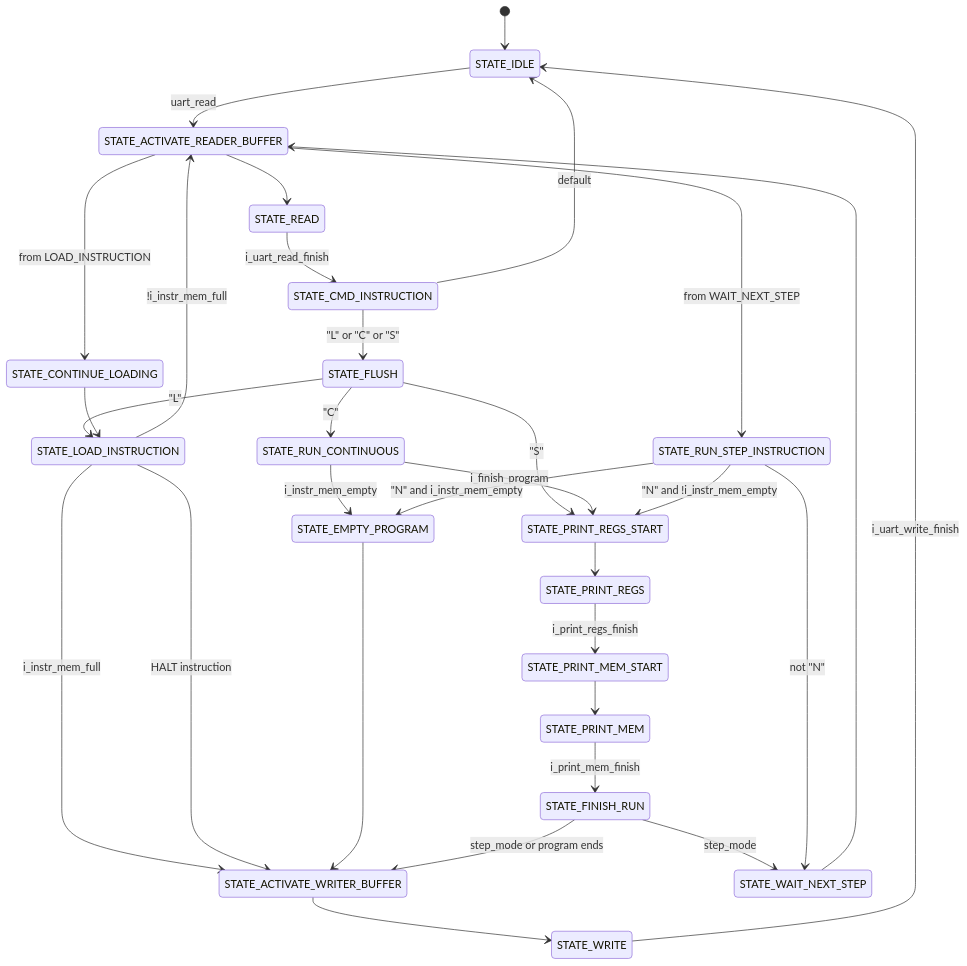
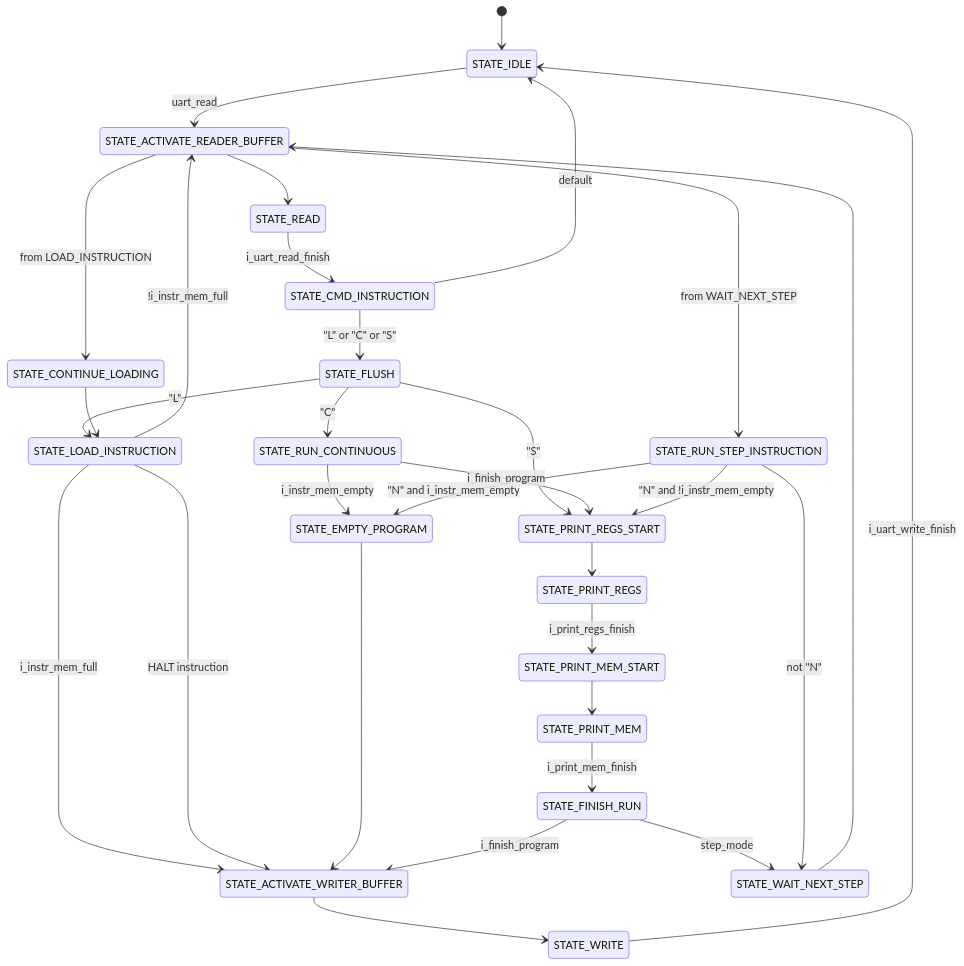
The diagram in README.md (francoriba/MIPSPipeline), drawn with Mermaid before and after one commit.

````diff
--- a/README.md
+++ b/README.md
@@ -6,33 +6,33 @@
 ``` mermaid
 stateDiagram-v2
     [*] --> STATE_IDLE
     STATE_IDLE --> STATE_ACTIVATE_READER_BUFFER: uart_read
     STATE_ACTIVATE_READER_BUFFER --> STATE_READ
     STATE_READ --> STATE_CMD_INSTRUCTION: i_uart_read_finish
     STATE_CMD_INSTRUCTION --> STATE_FLUSH: "L" or "C" or "S"
     STATE_CMD_INSTRUCTION --> STATE_IDLE: default
     STATE_FLUSH --> STATE_LOAD_INSTRUCTION: "L"
     STATE_FLUSH --> STATE_RUN_CONTINUOUS: "C"
     STATE_FLUSH --> STATE_PRINT_REGS_START: "S"
     STATE_LOAD_INSTRUCTION --> STATE_ACTIVATE_READER_BUFFER: !i_instr_mem_full
     STATE_LOAD_INSTRUCTION --> STATE_ACTIVATE_WRITER_BUFFER: i_instr_mem_full
     STATE_LOAD_INSTRUCTION --> STATE_ACTIVATE_WRITER_BUFFER: HALT instruction
     STATE_ACTIVATE_WRITER_BUFFER --> STATE_WRITE
     STATE_WRITE --> STATE_IDLE: i_uart_write_finish
     STATE_ACTIVATE_READER_BUFFER --> STATE_CONTINUE_LOADING: from LOAD_INSTRUCTION
     STATE_CONTINUE_LOADING --> STATE_LOAD_INSTRUCTION
     STATE_RUN_CONTINUOUS --> STATE_PRINT_REGS_START: i_finish_program
     STATE_RUN_CONTINUOUS --> STATE_EMPTY_PROGRAM: i_instr_mem_empty
     STATE_EMPTY_PROGRAM --> STATE_ACTIVATE_WRITER_BUFFER
     STATE_PRINT_REGS_START --> STATE_PRINT_REGS
     STATE_PRINT_REGS --> STATE_PRINT_MEM_START: i_print_regs_finish
     STATE_PRINT_MEM_START --> STATE_PRINT_MEM
     STATE_PRINT_MEM --> STATE_FINISH_RUN: i_print_mem_finish
-    STATE_FINISH_RUN --> STATE_ACTIVATE_WRITER_BUFFER: step_mode or program ends
+    STATE_FINISH_RUN --> STATE_ACTIVATE_WRITER_BUFFER: i_finish_program
     STATE_FINISH_RUN --> STATE_WAIT_NEXT_STEP: step_mode
     STATE_WAIT_NEXT_STEP --> STATE_ACTIVATE_READER_BUFFER
     STATE_ACTIVATE_READER_BUFFER --> STATE_RUN_STEP_INSTRUCTION: from WAIT_NEXT_STEP
     STATE_RUN_STEP_INSTRUCTION --> STATE_PRINT_REGS_START: "N" and !i_instr_mem_empty
     STATE_RUN_STEP_INSTRUCTION --> STATE_EMPTY_PROGRAM: "N" and i_instr_mem_empty
     STATE_RUN_STEP_INSTRUCTION --> STATE_WAIT_NEXT_STEP: not "N"
 ```
````
